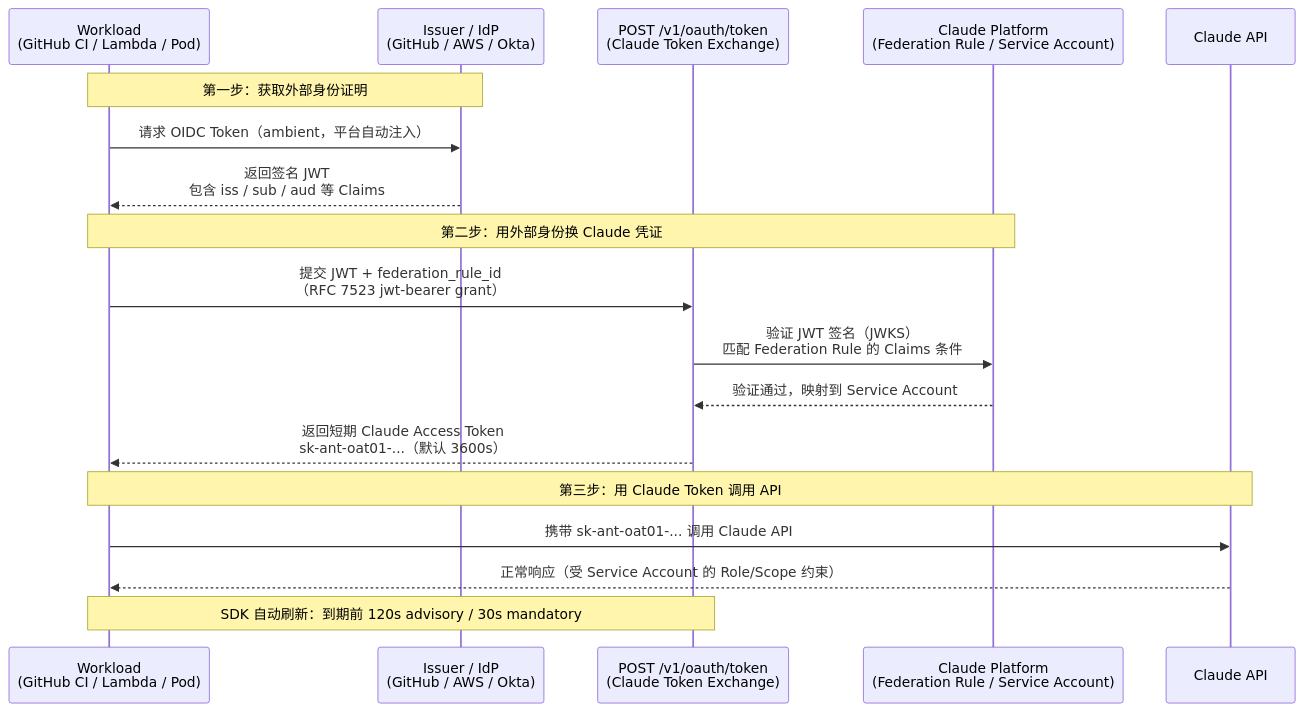
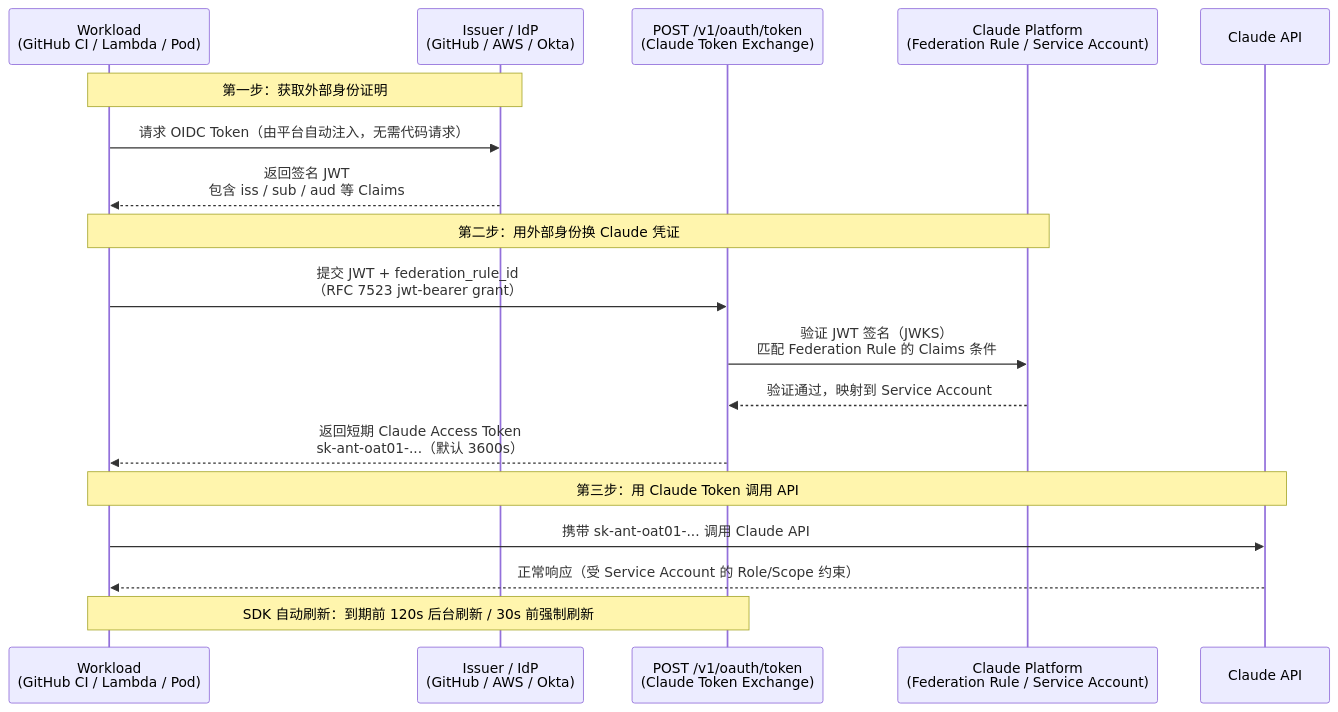
Before and after one commit to Haoping-Xiao/haoping-xiao.github.io: the diagram in src/content/blog/claude-wif-concept-correction.mdx, drawn with Mermaid. The commit also changed other lines of this file, not shown here.

````diff
--- a/src/content/blog/claude-wif-concept-correction.mdx
+++ b/src/content/blog/claude-wif-concept-correction.mdx
@@ -71,24 +100,24 @@
 ```mermaid
 sequenceDiagram
     participant WL as Workload<br/>(GitHub CI / Lambda / Pod)
     participant IDP as Issuer / IdP<br/>(GitHub / AWS / Okta)
     participant TOKEN as POST /v1/oauth/token<br/>(Claude Token Exchange)
     participant CP as Claude Platform<br/>(Federation Rule / Service Account)
     participant API as Claude API
 
     Note over WL,IDP: 第一步：获取外部身份证明
-    WL->>IDP: 请求 OIDC Token（ambient，平台自动注入）
+    WL->>IDP: 请求 OIDC Token（由平台自动注入，无需代码请求）
     IDP-->>WL: 返回签名 JWT<br/>包含 iss / sub / aud 等 Claims
 
     Note over WL,CP: 第二步：用外部身份换 Claude 凭证
     WL->>TOKEN: 提交 JWT + federation_rule_id<br/>（RFC 7523 jwt-bearer grant）
     TOKEN->>CP: 验证 JWT 签名（JWKS）<br/>匹配 Federation Rule 的 Claims 条件
     CP-->>TOKEN: 验证通过，映射到 Service Account
     TOKEN-->>WL: 返回短期 Claude Access Token<br/>sk-ant-oat01-...（默认 3600s）
 
     Note over WL,API: 第三步：用 Claude Token 调用 API
     WL->>API: 携带 sk-ant-oat01-... 调用 Claude API
     API-->>WL: 正常响应（受 Service Account 的 Role/Scope 约束）
 
-    Note over WL,TOKEN: SDK 自动刷新：到期前 120s advisory / 30s mandatory
+    Note over WL,TOKEN: SDK 自动刷新：到期前 120s 后台刷新 / 30s 前强制刷新
 ```
````
